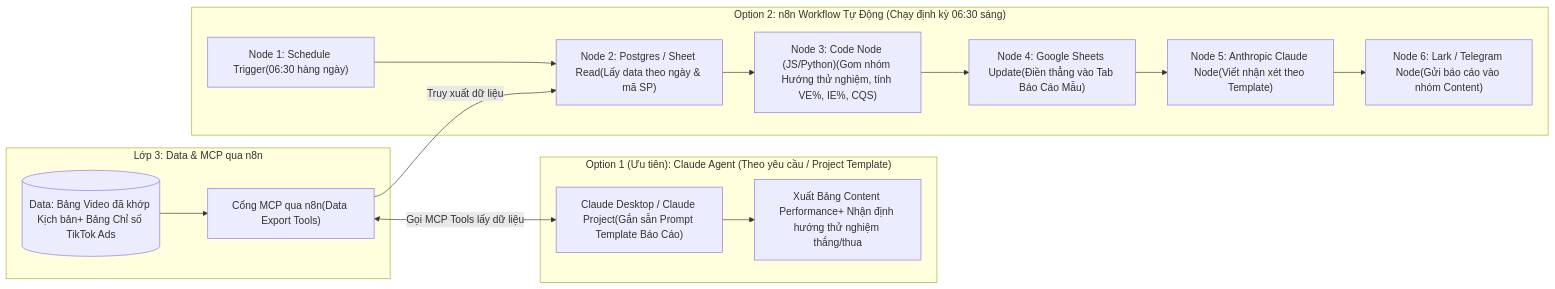
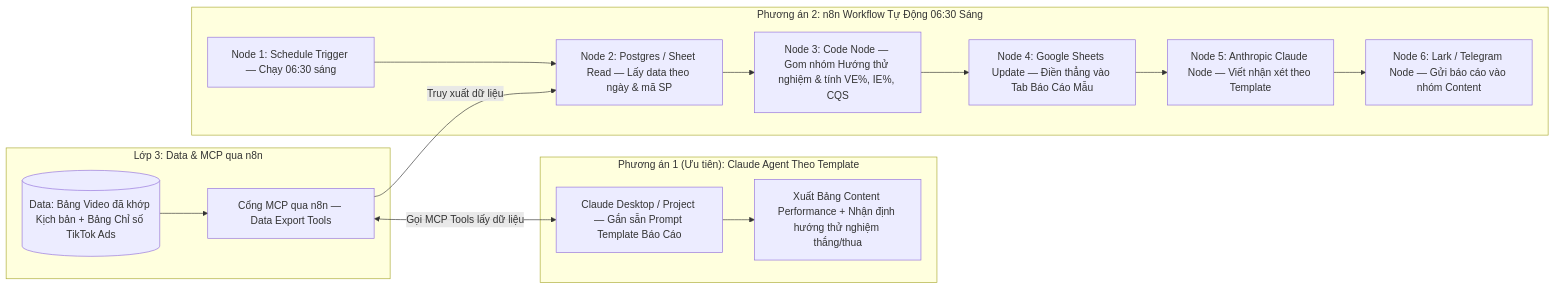
The second of 17 diagrams in SYSTEM_ARCHITECTURE.md (hattorimkk/api-docs), drawn with Mermaid before and after one commit. The commit also changed other lines of this file, not shown here.

````diff
--- a/SYSTEM_ARCHITECTURE.md
+++ b/SYSTEM_ARCHITECTURE.md
@@ -223,27 +305,27 @@
 ```mermaid
 flowchart LR
-    subgraph DATA_SRC["Lớp 3: Data & MCP qua n8n"]
-        DB[("Data: Bảng Video đã khớp Kịch bản+ Bảng Chỉ số TikTok Ads")]
-        MCP_N8N["Cổng MCP qua n8n(Data Export Tools)"]
-        DB --> MCP_N8N
+    subgraph DATA_SRC_1A["Lớp 3: Data & MCP qua n8n"]
+        DB_1A[("Data: Bảng Video đã khớp Kịch bản + Bảng Chỉ số TikTok Ads")]
+        MCP_1A["Cổng MCP qua n8n — Data Export Tools"]
+        DB_1A --> MCP_1A
     end
 
-    subgraph OPT_A["Option 1 (Ưu tiên): Claude Agent (Theo yêu cầu / Project Template)"]
-        CLAUDE_P["Claude Desktop / Claude Project(Gắn sẵn Prompt Template Báo Cáo)"]
-        CLAUDE_OUT["Xuất Bảng Content Performance+ Nhận định hướng thử nghiệm thắng/thua"]
-        CLAUDE_P --> CLAUDE_OUT
+    subgraph OPT1_1A["Phương án 1 (Ưu tiên): Claude Agent Theo Template"]
+        CLAUDE_1A["Claude Desktop / Project — Gắn sẵn Prompt Template Báo Cáo"]
+        OUT_1A["Xuất Bảng Content Performance + Nhận định hướng thử nghiệm thắng/thua"]
+        CLAUDE_1A --> OUT_1A
     end
 
-    subgraph OPT_B["Option 2: n8n Workflow Tự Động (Chạy định kỳ 06:30 sáng)"]
-        N1["Node 1: Schedule Trigger(06:30 hàng ngày)"]
-        N2["Node 2: Postgres / Sheet Read(Lấy data theo ngày & mã SP)"]
-        N3["Node 3: Code Node (JS/Python)(Gom nhóm Hướng thử nghiệm, tính VE%, IE%, CQS)"]
-        N4["Node 4: Google Sheets Update(Điền thẳng vào Tab Báo Cáo Mẫu)"]
-        N5["Node 5: Anthropic Claude Node(Viết nhận xét theo Template)"]
-        N6["Node 6: Lark / Telegram Node(Gửi báo cáo vào nhóm Content)"]
-        N1 --> N2 --> N3 --> N4 --> N5 --> N6
+    subgraph OPT2_1A["Phương án 2: n8n Workflow Tự Động 06:30 Sáng"]
+        N1A_1["Node 1: Schedule Trigger — Chạy 06:30 sáng"]
+        N1A_2["Node 2: Postgres / Sheet Read — Lấy data theo ngày & mã SP"]
+        N1A_3["Node 3: Code Node — Gom nhóm Hướng thử nghiệm & tính VE%, IE%, CQS"]
+        N1A_4["Node 4: Google Sheets Update — Điền thẳng vào Tab Báo Cáo Mẫu"]
+        N1A_5["Node 5: Anthropic Claude Node — Viết nhận xét theo Template"]
+        N1A_6["Node 6: Lark / Telegram Node — Gửi báo cáo vào nhóm Content"]
+        N1A_1 --> N1A_2 --> N1A_3 --> N1A_4 --> N1A_5 --> N1A_6
     end
 
-    MCP_N8N <-->|"Gọi MCP Tools lấy dữ liệu"| CLAUDE_P
-    MCP_N8N -->|"Truy xuất dữ liệu"| N2
+    MCP_1A <-->|"Gọi MCP Tools lấy dữ liệu"| CLAUDE_1A
+    MCP_1A -->|"Truy xuất dữ liệu"| N1A_2
 ```
````
